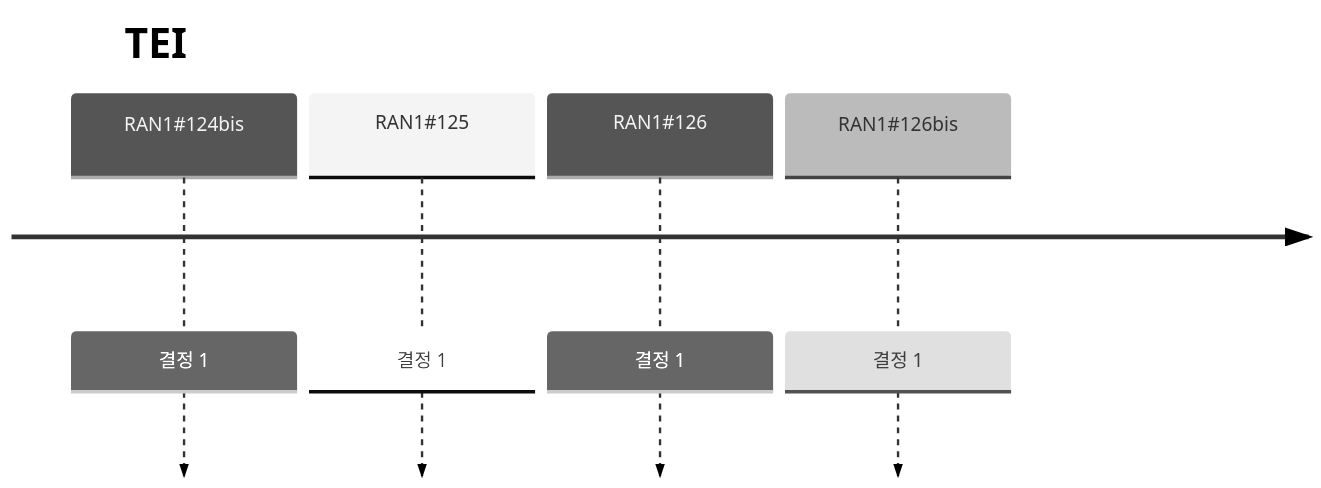
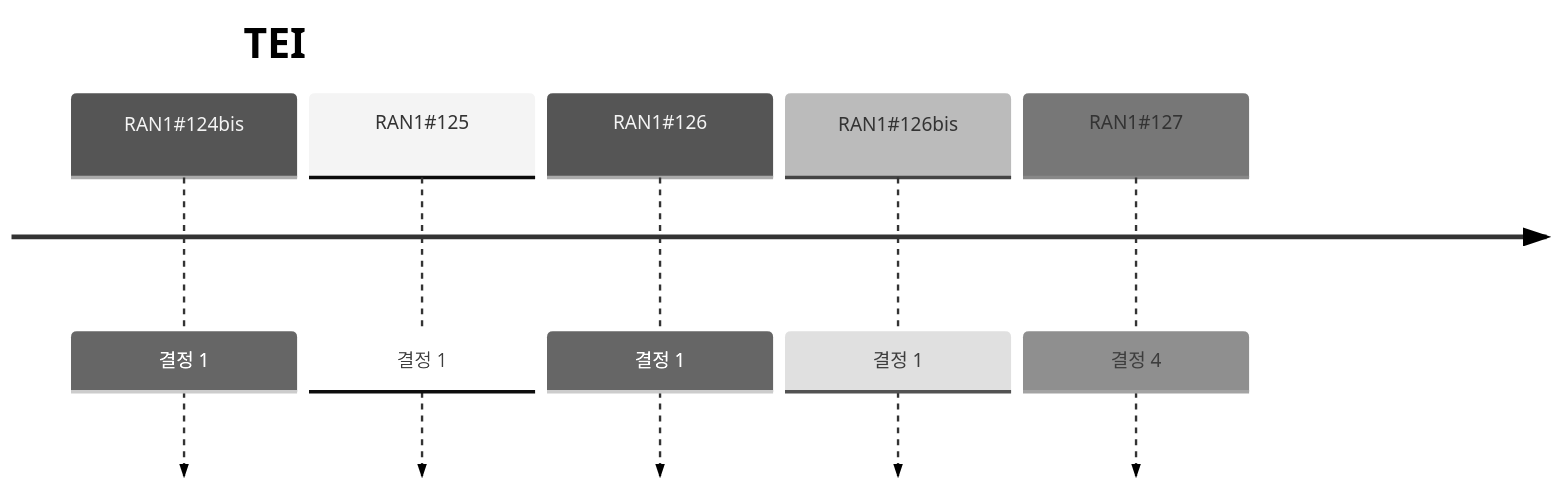
One commit to jgunmoon/RAN1-Decision-Tracker changed the diagram in reports/by_agenda/tei.md. Above: the diagram before and after it, drawn with Mermaid (neutral theme). The commit also changed other lines of this file and 11 other files, not shown here.

````diff
--- a/reports/by_agenda/tei.md
+++ b/reports/by_agenda/tei.md
@@ -13,8 +9,9 @@
 ```mermaid
 timeline
     title TEI
     RAN1#35;124bis : 결정 1
     RAN1#35;125 : 결정 1
     RAN1#35;126 : 결정 1
     RAN1#35;126bis : 결정 1
+    RAN1#35;127 : 결정 4
 ```
````
